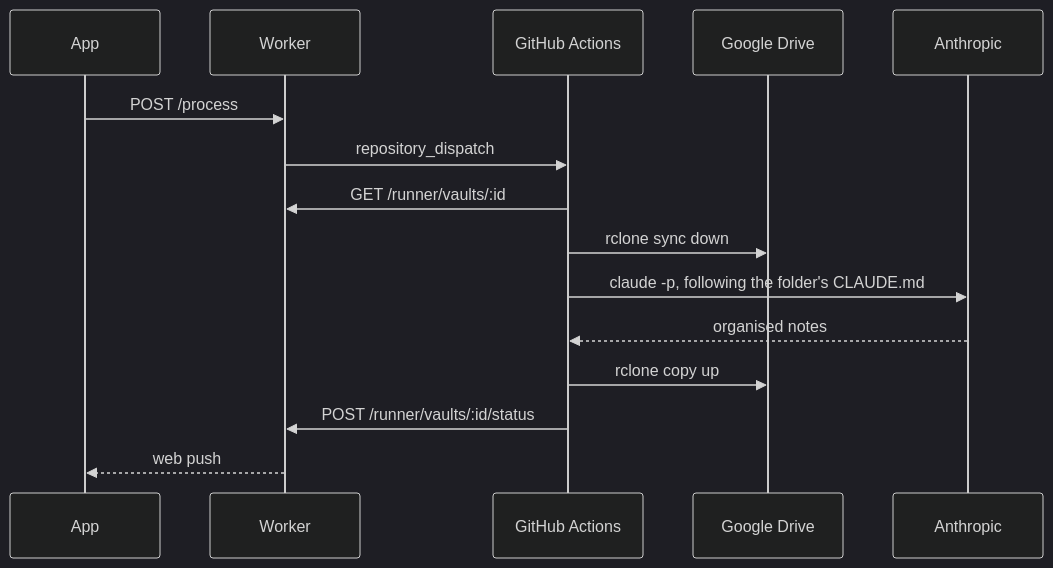
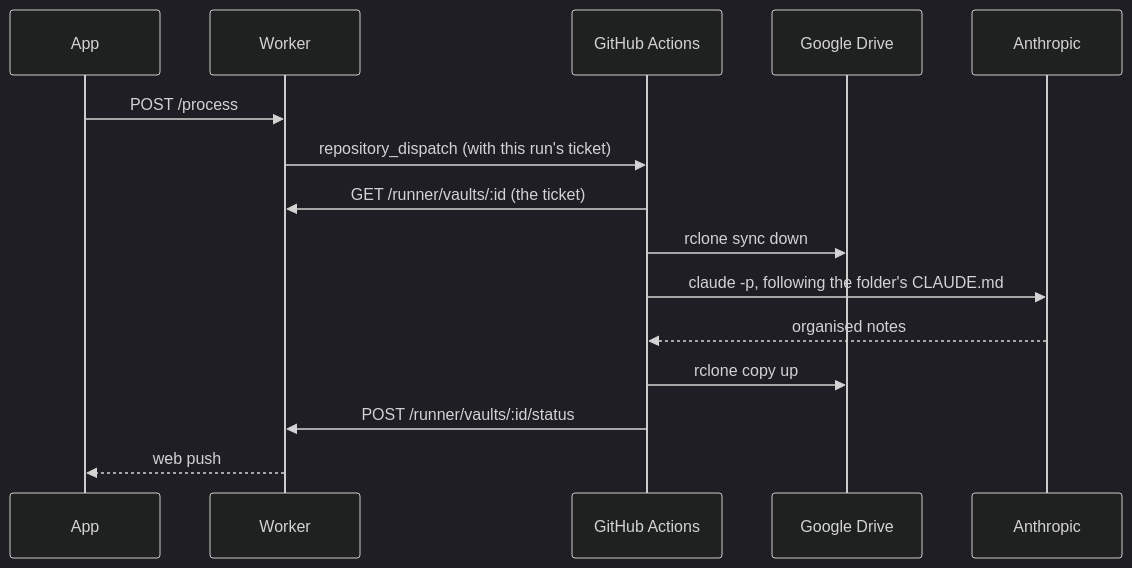
One commit to deluispablo/bower changed the second of 2 diagrams in README.md. Above: the diagram before and after it, drawn with Mermaid (dark theme). The commit also changed 24 other files, not shown here.

````diff
--- a/README.md
+++ b/README.md
@@ -137,17 +137,17 @@
 ```mermaid
 sequenceDiagram
     participant App
     participant Worker
     participant Actions as GitHub Actions
     participant Drive as Google Drive
     participant Anthropic
     App->>Worker: POST /process
-    Worker->>Actions: repository_dispatch
-    Actions->>Worker: GET /runner/vaults/:id
+    Worker->>Actions: repository_dispatch (with this run's ticket)
+    Actions->>Worker: GET /runner/vaults/:id (the ticket)
     Actions->>Drive: rclone sync down
     Actions->>Anthropic: claude -p, following the folder's CLAUDE.md
     Anthropic-->>Actions: organised notes
     Actions->>Drive: rclone copy up
     Actions->>Worker: POST /runner/vaults/:id/status
     Worker-->>App: web push
 ```
````
